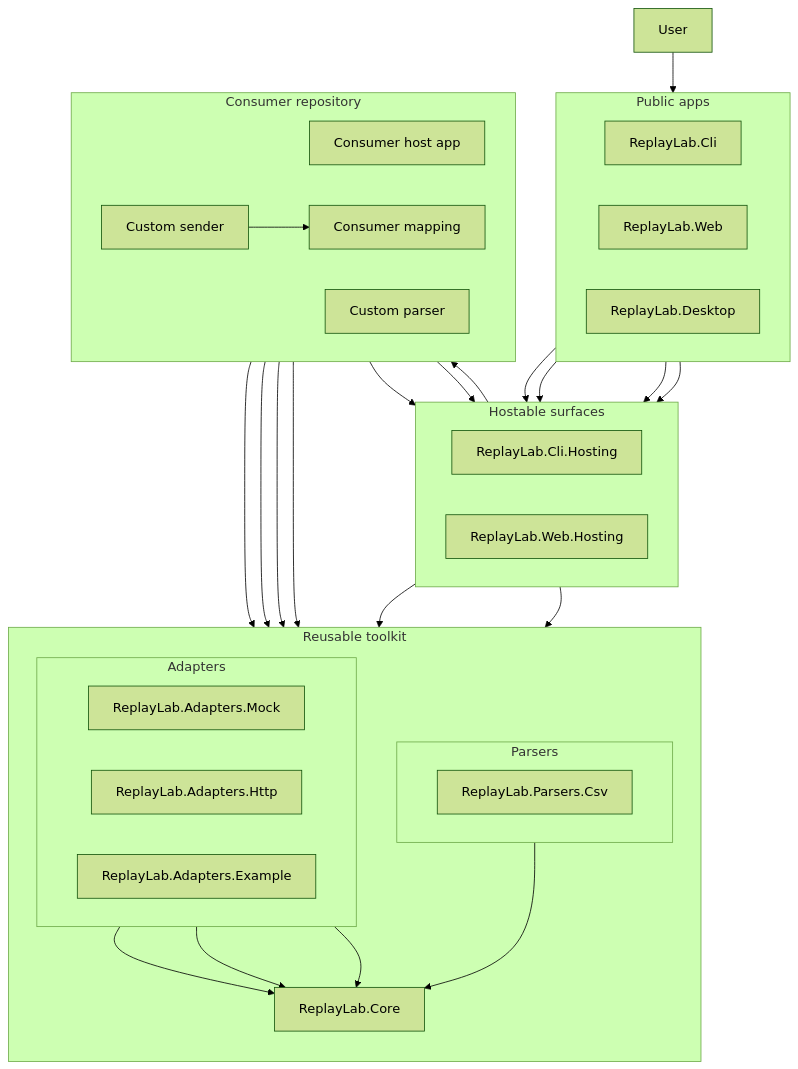
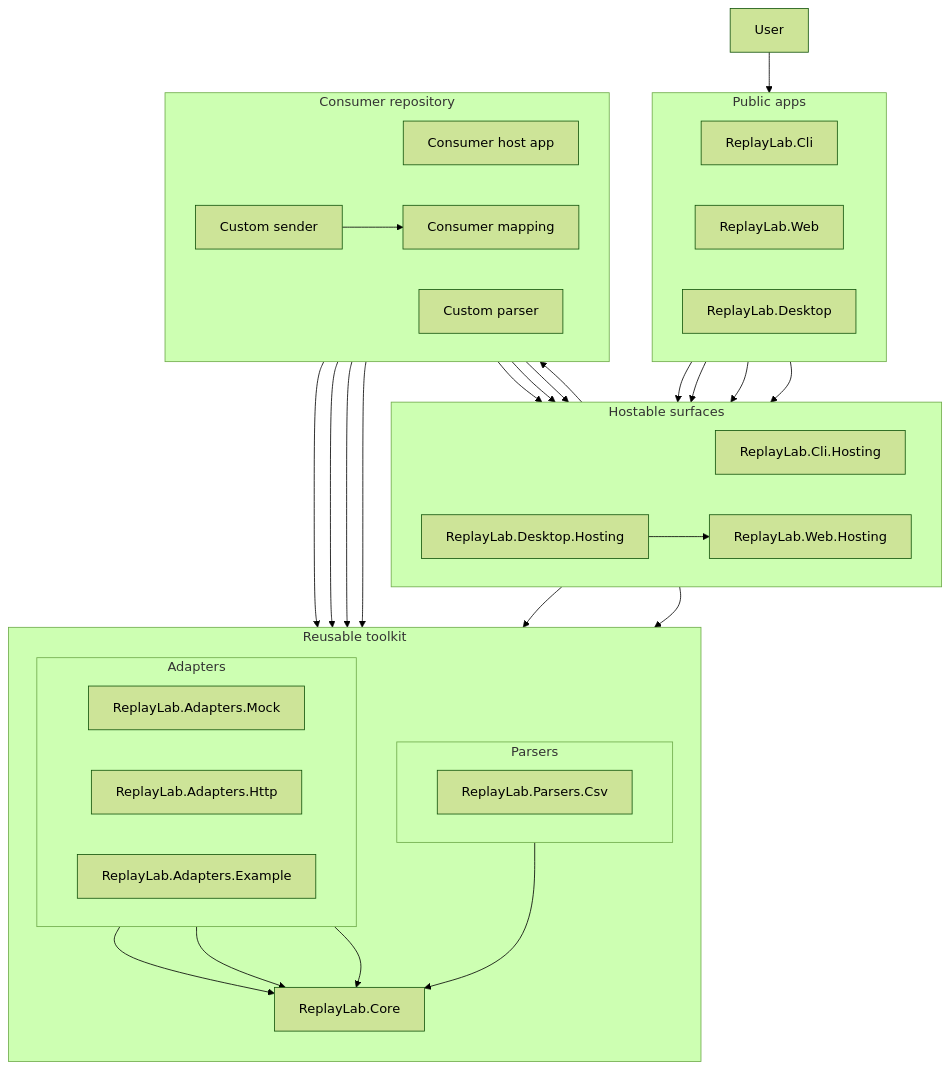
One commit to Winz79/replaylab changed the second of 6 diagrams in docs/architecture.md. Above: the diagram before and after it, drawn with Mermaid (forest theme). The commit also changed other lines of this file and 13 other files, not shown here.

First line of the commit message:
feat: extract desktop hosting seam (ADR 0011)

````diff
--- a/docs/architecture.md
+++ b/docs/architecture.md
@@ -27,66 +27,69 @@
 ```mermaid
 flowchart TB
     User[User]
 
     subgraph Apps[Public apps]
         direction LR
         CLI[ReplayLab.Cli]
         Web[ReplayLab.Web]
         Desktop[ReplayLab.Desktop]
     end
 
     subgraph Hosting[Hostable surfaces]
         direction LR
         CliHosting[ReplayLab.Cli.Hosting]
         WebHosting[ReplayLab.Web.Hosting]
+        DesktopHosting[ReplayLab.Desktop.Hosting]
     end
 
     subgraph Consumer[Consumer repository]
         direction LR
         ConsumerHost[Consumer host app]
         CustomParser[Custom parser]
         CustomSender[Custom sender]
         Mapping[Consumer mapping]
     end
 
     subgraph Toolkit[Reusable toolkit]
         direction TB
         Core[ReplayLab.Core]
 
         subgraph Inputs[Parsers]
             direction LR
             Csv[ReplayLab.Parsers.Csv]
         end
 
         subgraph Outputs[Adapters]
             direction LR
             Mock[ReplayLab.Adapters.Mock]
             Http[ReplayLab.Adapters.Http]
             Example[ReplayLab.Adapters.Example]
         end
     end
 
     User --> Apps
     Apps --> Hosting
     Hosting --> Consumer
     Consumer --> Toolkit
 
     CLI --> CliHosting
     Web --> WebHosting
-    Desktop --> WebHosting
+    Desktop --> DesktopHosting
 
     CliHosting --> Core
     WebHosting --> Core
+    DesktopHosting --> WebHosting
 
     ConsumerHost --> CliHosting
     ConsumerHost --> WebHosting
+    ConsumerHost --> DesktopHosting
     ConsumerHost --> Core
     CustomParser --> Core
     CustomSender --> Core
     CustomSender --> Mapping
 
     Csv --> Core
     Mock --> Core
     Http --> Core
     Example --> Core
 ```
````
